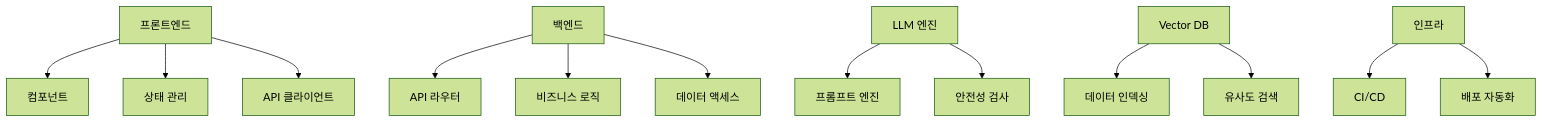
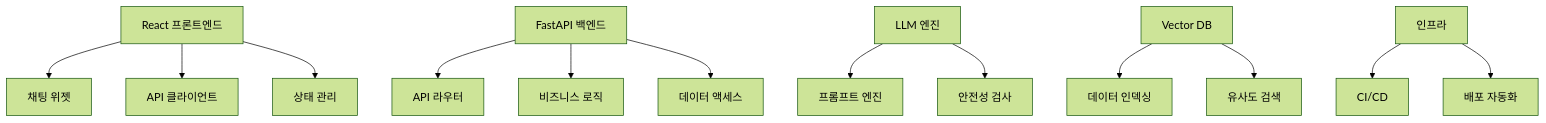
Before and after one commit to watanka/AbotMe: the second of 5 diagrams in docs/design.md, drawn with Mermaid (forest theme). The commit also changed other lines of this file and 2 other files, not shown here.

Commit message:
프론트엔드 스택 react-chat-widget으로 변경

````diff
--- a/docs/design.md
+++ b/docs/design.md
@@ -47,25 +54,25 @@
 ```mermaid
 graph TD
-    A[프론트엔드]
-    B[백엔드]
+    A[React 프론트엔드]
+    B[FastAPI 백엔드]
     C[LLM 엔진]
     D[Vector DB]
     E[인프라]
     
-    A --> A1[컴포넌트]
-    A --> A2[상태 관리]
-    A --> A3[API 클라이언트]
+    A --> A1[채팅 위젯]
+    A --> A2[API 클라이언트]
+    A --> A3[상태 관리]
     
     B --> B1[API 라우터]
     B --> B2[비즈니스 로직]
     B --> B3[데이터 액세스]
     
     C --> C1[프롬프트 엔진]
     C --> C2[안전성 검사]
     
     D --> D1[데이터 인덱싱]
     D --> D2[유사도 검색]
     
     E --> E1[CI/CD]
     E --> E2[배포 자동화]
 ```
````
